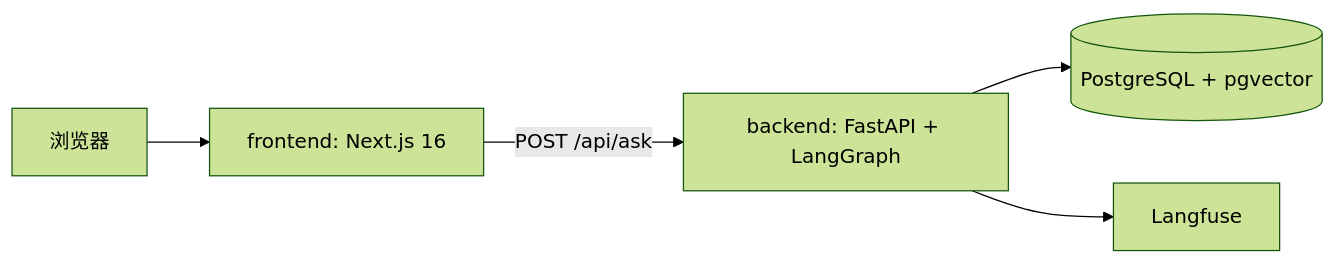
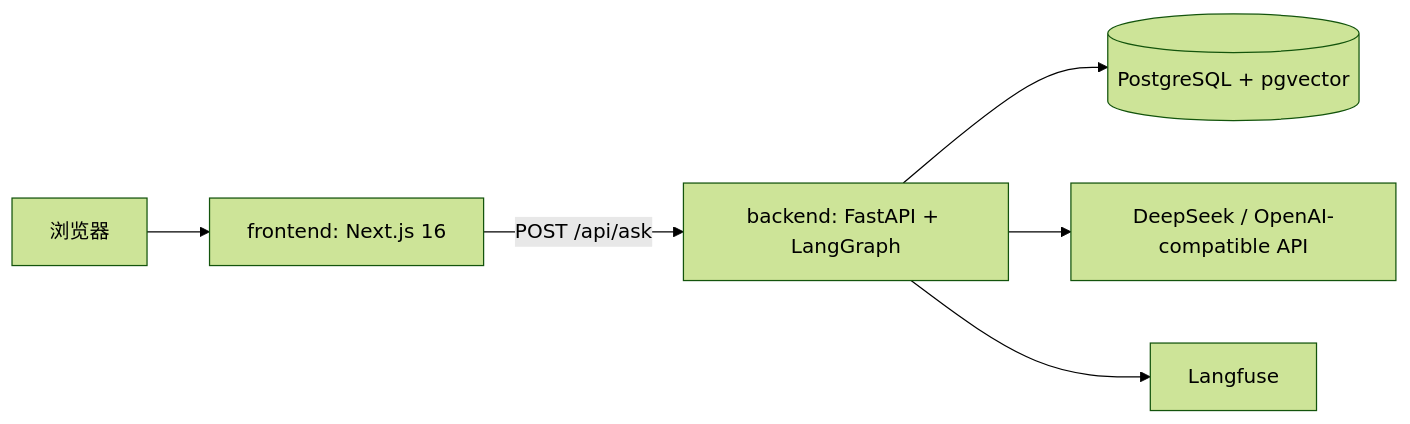
The diagram in README.md (shuai-wk/portfolio-agent), drawn with Mermaid (forest theme) before and after one commit. The commit also changed other lines of this file, not shown here.

````diff
--- a/README.md
+++ b/README.md
@@ -7,7 +7,8 @@
 ```mermaid
 flowchart LR
     Browser[浏览器] --> Frontend[frontend: Next.js 16]
     Frontend -->|POST /api/ask| Backend[backend: FastAPI + LangGraph]
     Backend --> DB[(PostgreSQL + pgvector)]
+    Backend --> LLM[DeepSeek / OpenAI-compatible API]
     Backend --> Langfuse[Langfuse]
 ```
````
